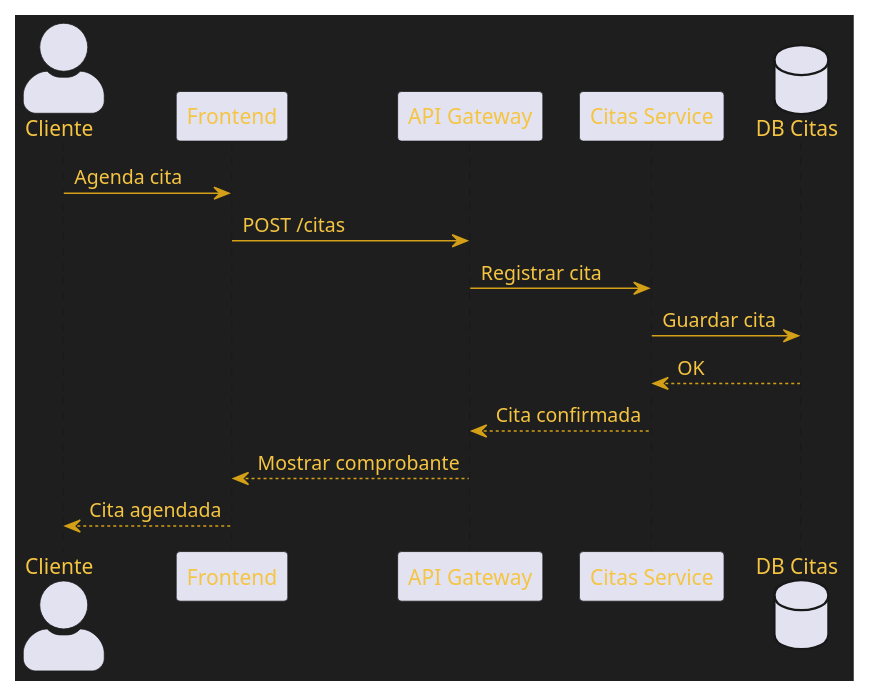
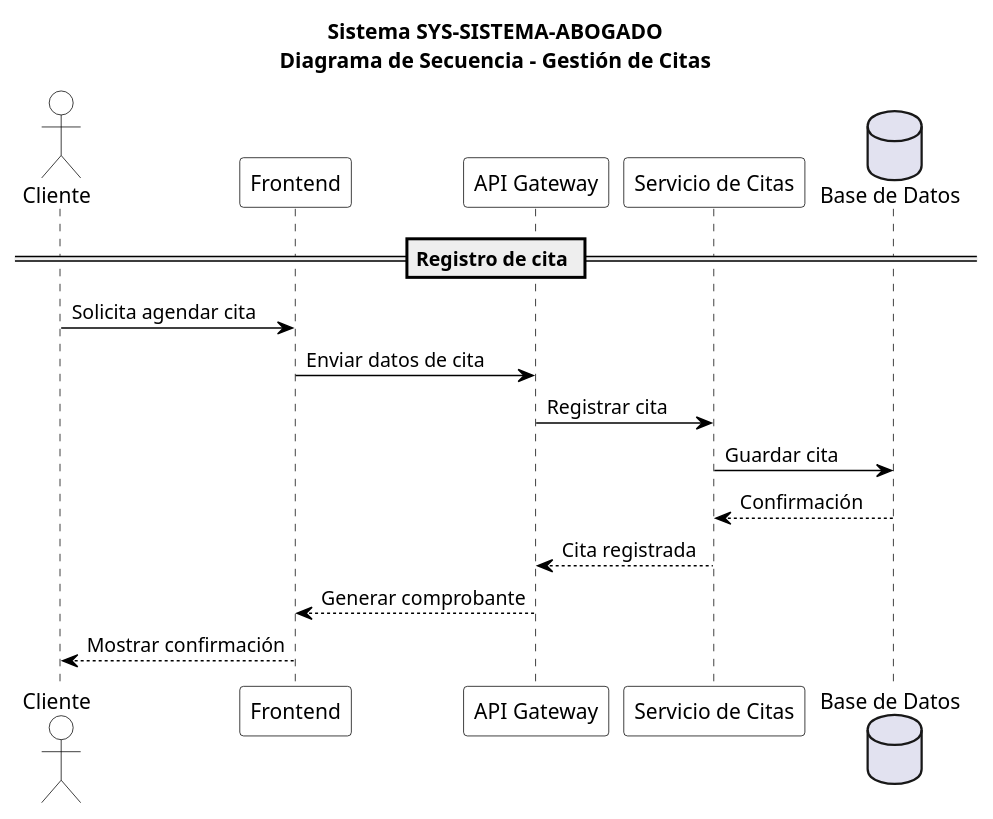
The diagram in 2-MODELO_UML/Comportamiento/2-Secuencia/secuencia-citas.puml (OscarBuildsBv/SYS_CANDIDATO_DOC), drawn with PlantUML before and after one commit. The commit also changed 6 other files, not shown here.

```diff
--- a/2-MODELO_UML/Comportamiento/2-Secuencia/secuencia-citas.puml
+++ b/2-MODELO_UML/Comportamiento/2-Secuencia/secuencia-citas.puml
@@ -1,40 +1,43 @@
 @startuml
+title Sistema SYS-SISTEMA-ABOGADO\nDiagrama de Secuencia - Gestión de Citas
 
-skinparam backgroundColor #1E1E1E
-skinparam packageStyle folder
+skinparam backgroundColor white
 skinparam shadowing false
-skinparam actorStyle awesome
 
-skinparam package {
-    BackgroundColor #1E1E1E
-    BorderColor #D4A017
-    RoundCorner 10
+skinparam sequence {
+    ArrowColor black
+    LifeLineBorderColor black
+    LifeLineBackgroundColor white
+    ParticipantBorderColor black
+    ParticipantBackgroundColor white
+    ParticipantFontColor black
+    ActorBorderColor black
+    ActorBackgroundColor white
+    ActorFontColor black
 }
 
-skinparam usecase {
-    BackgroundColor #2B2B2B
-    BorderColor #D4A017
-    FontColor #F5C542
-    ArrowColor #D4A017
-}
-
-skinparam ArrowColor #D4A017
-skinparam defaultFontColor #F5C542
-
+skinparam defaultFontColor black
 
 actor Cliente
+
 participant Frontend
 participant "API Gateway" as API
-participant "Citas Service" as Citas
-database "DB Citas" as DB
+participant "Servicio de Citas" as Citas
+database "Base de Datos" as BD
 
-Cliente -> Frontend : Agenda cita
-Frontend -> API : POST /citas
+== Registro de cita ==
+
+Cliente -> Frontend : Solicita agendar cita
+Frontend -> API : Enviar datos de cita
+
 API -> Citas : Registrar cita
-Citas -> DB : Guardar cita
-DB --> Citas : OK
-Citas --> API : Cita confirmada
-API --> Frontend : Mostrar comprobante
-Frontend --> Cliente : Cita agendada
+
+Citas -> BD : Guardar cita
+BD --> Citas : Confirmación
+
+Citas --> API : Cita registrada
+API --> Frontend : Generar comprobante
+
+Frontend --> Cliente : Mostrar confirmación
 
 @enduml
```
